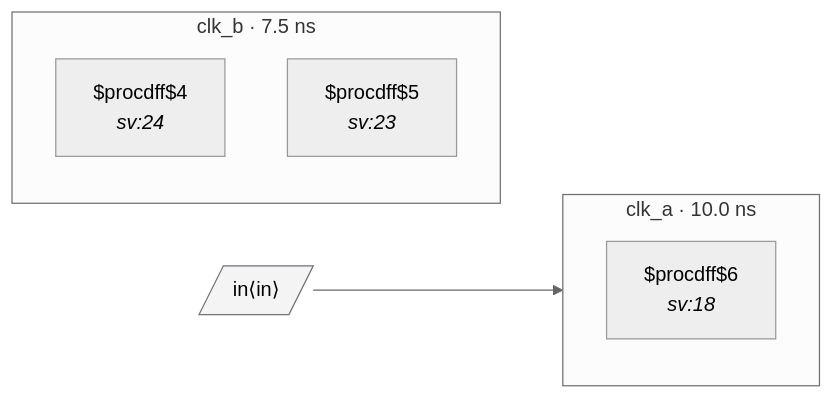
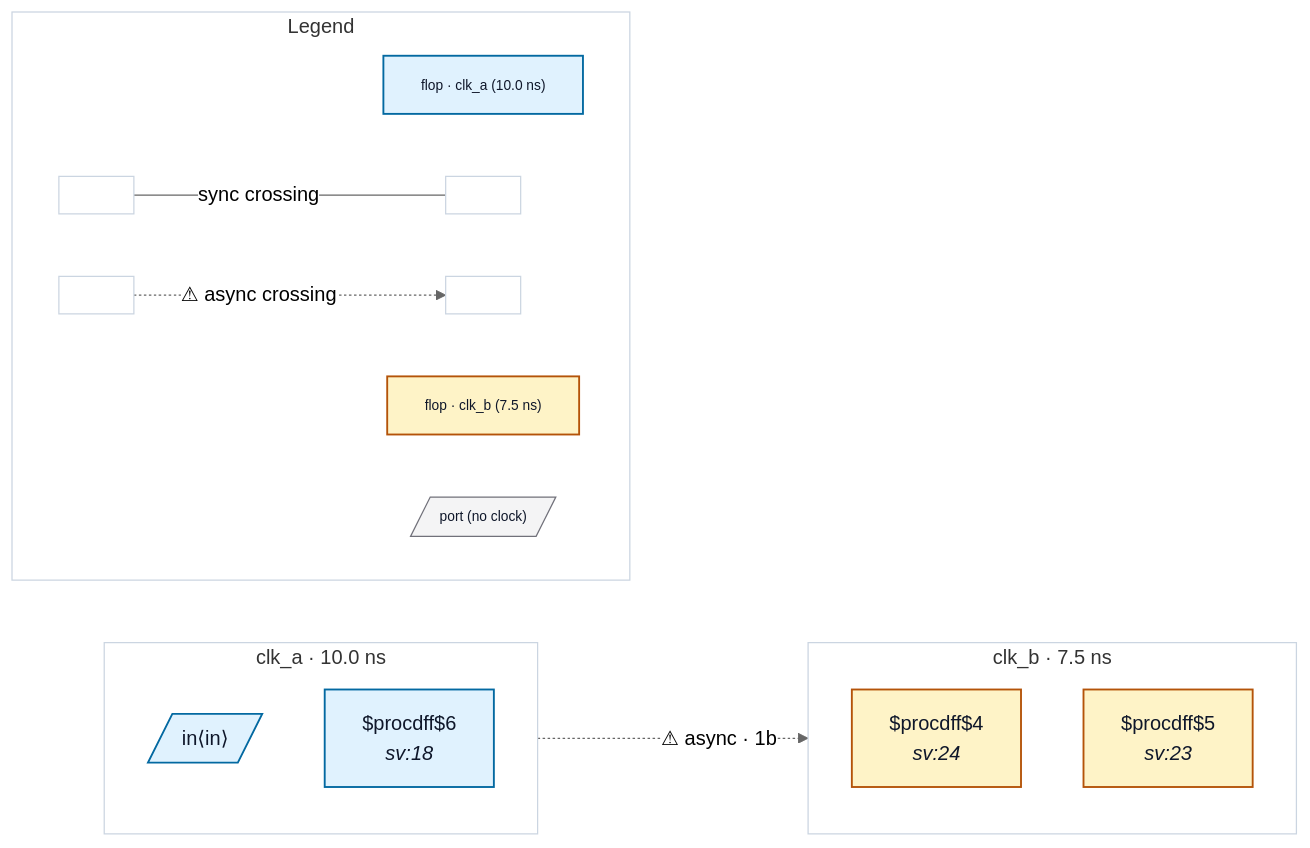
Before and after one commit to rtl-buddy/rtl-buddy-cdc: the diagram in tests/fixtures/good_unconstrained_input_two_domains_typed/README.md, drawn with Mermaid (neutral theme). The commit also changed 71 other files, not shown here.

First line of the commit message:
Refresh fixture READMEs + render iterations (colors, legend, nested ports, clock-net edges)

````diff
--- a/tests/fixtures/good_unconstrained_input_two_domains_typed/README.md
+++ b/tests/fixtures/good_unconstrained_input_two_domains_typed/README.md
@@ -16,16 +16,41 @@
 ```mermaid
 %% good_unconstrained_input_two_domains_typed — generated by rtl-buddy-cdc render
 flowchart LR
   subgraph clk_clk_a["clk_a · 10.0 ns"]
     direction TB
-    f_026005b8["$procdff$6<br/><i>sv:18</i>"]
+    p_in_in[/"in⟨in⟩"/]:::ckcls_clk_a
+    f_026005b8["$procdff$6<br/><i>sv:18</i>"]:::ckcls_clk_a
   end
   subgraph clk_clk_b["clk_b · 7.5 ns"]
     direction TB
-    f_a7616a59["$procdff$4<br/><i>sv:24</i>"]
-    f_a902347c["$procdff$5<br/><i>sv:23</i>"]
+    f_a7616a59["$procdff$4<br/><i>sv:24</i>"]:::ckcls_clk_b
+    f_a902347c["$procdff$5<br/><i>sv:23</i>"]:::ckcls_clk_b
   end
-  p_in_in[/"in⟨in⟩"/]:::port
-  p_in_in --> f_026005b8
-  classDef port fill:#f4f4f5,stroke:#71717a
+  p_in_in -. "⚠ async · 1b" .-> f_a902347c
+  subgraph rb_legend["Legend"]
+    direction LR
+    lg_clk_clk_a["flop · clk_a (10.0 ns)"]:::ckcls_clk_a
+    lg_clk_clk_b["flop · clk_b (7.5 ns)"]:::ckcls_clk_b
+    lg_port[/"port (no clock)"/]:::port_unassigned
+    lg_sync_a[" "]:::ckcls_legend_neutral
+    lg_sync_b[" "]:::ckcls_legend_neutral
+    lg_async_a[" "]:::ckcls_legend_neutral
+    lg_async_b[" "]:::ckcls_legend_neutral
+    lg_sync_a --- |"sync crossing"| lg_sync_b
+    lg_async_a -. "⚠ async crossing" .-> lg_async_b
+  end
+  style clk_clk_a fill:none,stroke:#cbd5e1
+  style clk_clk_b fill:none,stroke:#cbd5e1
+  style rb_legend fill:none,stroke:#cbd5e1
+  style lg_clk_clk_a font-size:11px
+  style lg_clk_clk_b font-size:11px
+  style lg_port font-size:11px
+  style lg_sync_a font-size:11px
+  style lg_sync_b font-size:11px
+  style lg_async_a font-size:11px
+  style lg_async_b font-size:11px
+  classDef ckcls_clk_a fill:#e0f2fe,stroke:#0369a1,stroke-width:1.5px,color:#0f172a
+  classDef ckcls_clk_b fill:#fef3c7,stroke:#b45309,stroke-width:1.5px,color:#0f172a
+  classDef port_unassigned fill:#f4f4f5,stroke:#71717a,color:#0f172a
+  classDef ckcls_legend_neutral fill:#ffffff,stroke:#cbd5e1,stroke-width:1px,color:#0f172a
 ```
````
